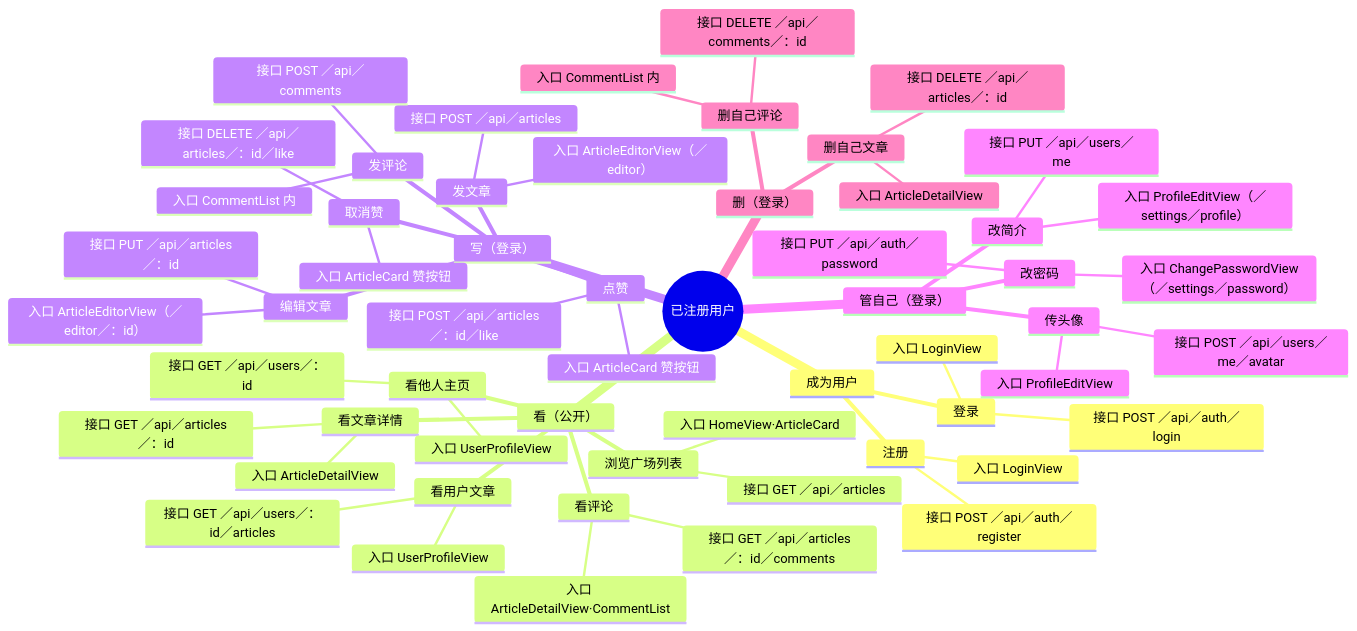
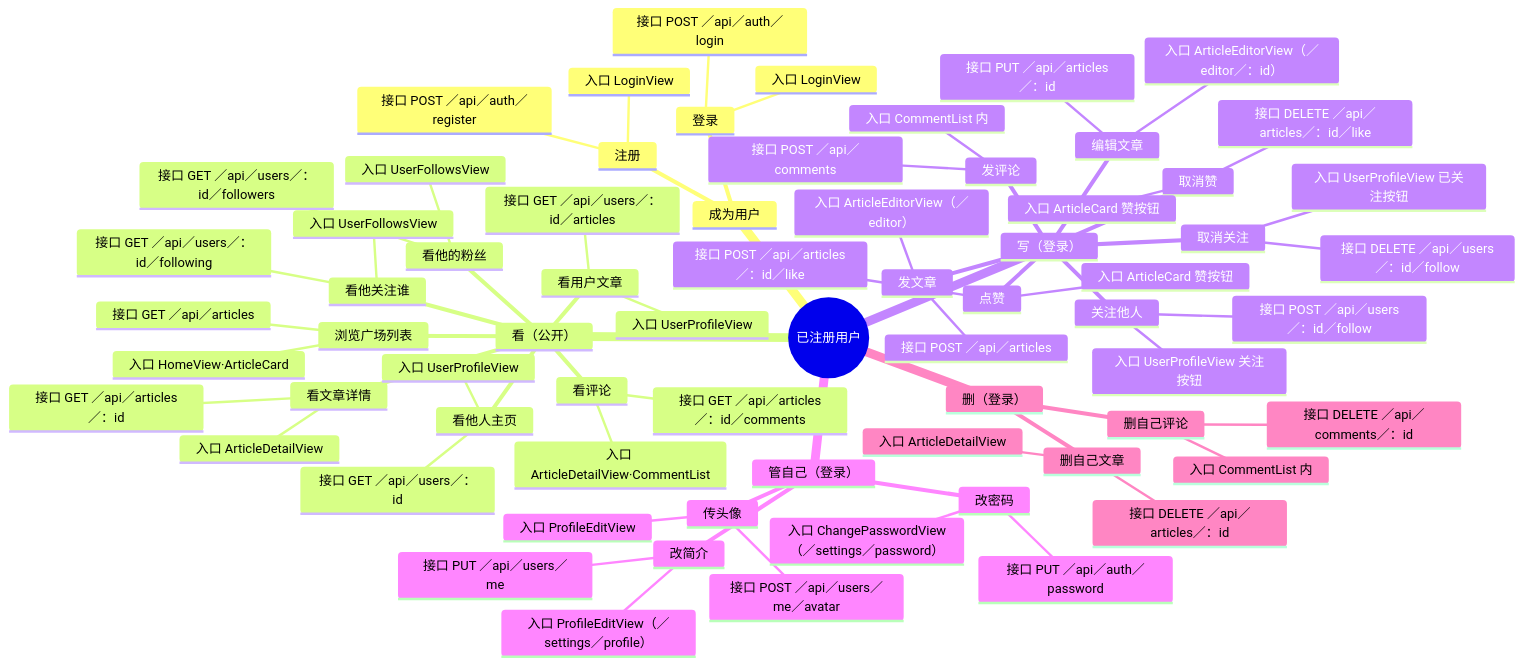
Before and after one commit to JuenLin/lin-blog: the fourth of 6 diagrams in docs/ARCHITECTURE.md, drawn with Mermaid. The commit also changed other lines of this file, not shown here.

First line of the commit message:
docs: ARCHITECTURE.md 同步第 4 批结构变更

````diff
--- a/docs/ARCHITECTURE.md
+++ b/docs/ARCHITECTURE.md
@@ -163,60 +160,72 @@
 ```mermaid
 mindmap
   root((已注册用户))
     成为用户
       注册
         入口 LoginView
         接口 POST ／api／auth／register
       登录
         入口 LoginView
         接口 POST ／api／auth／login
     看（公开）
       浏览广场列表
         入口 HomeView·ArticleCard
         接口 GET ／api／articles
       看文章详情
         入口 ArticleDetailView
         接口 GET ／api／articles／：id
       看他人主页
         入口 UserProfileView
         接口 GET ／api／users／：id
       看用户文章
         入口 UserProfileView
         接口 GET ／api／users／：id／articles
       看评论
         入口 ArticleDetailView·CommentList
         接口 GET ／api／articles／：id／comments
+      看他关注谁
+        入口 UserFollowsView
+        接口 GET ／api／users／：id／following
+      看他的粉丝
+        入口 UserFollowsView
+        接口 GET ／api／users／：id／followers
     写（登录）
       发文章
         入口 ArticleEditorView（／editor）
         接口 POST ／api／articles
       编辑文章
         入口 ArticleEditorView（／editor／：id）
         接口 PUT ／api／articles／：id
       发评论
         入口 CommentList 内
         接口 POST ／api／comments
       点赞
         入口 ArticleCard 赞按钮
         接口 POST ／api／articles／：id／like
       取消赞
         入口 ArticleCard 赞按钮
         接口 DELETE ／api／articles／：id／like
+      关注他人
+        入口 UserProfileView 关注按钮
+        接口 POST ／api／users／：id／follow
+      取消关注
+        入口 UserProfileView 已关注按钮
+        接口 DELETE ／api／users／：id／follow
     管自己（登录）
       改简介
         入口 ProfileEditView（／settings／profile）
         接口 PUT ／api／users／me
       传头像
         入口 ProfileEditView
         接口 POST ／api／users／me／avatar
       改密码
         入口 ChangePasswordView（／settings／password）
         接口 PUT ／api／auth／password
     删（登录）
       删自己文章
         入口 ArticleDetailView
         接口 DELETE ／api／articles／：id
       删自己评论
         入口 CommentList 内
         接口 DELETE ／api／comments／：id
 ```
````
